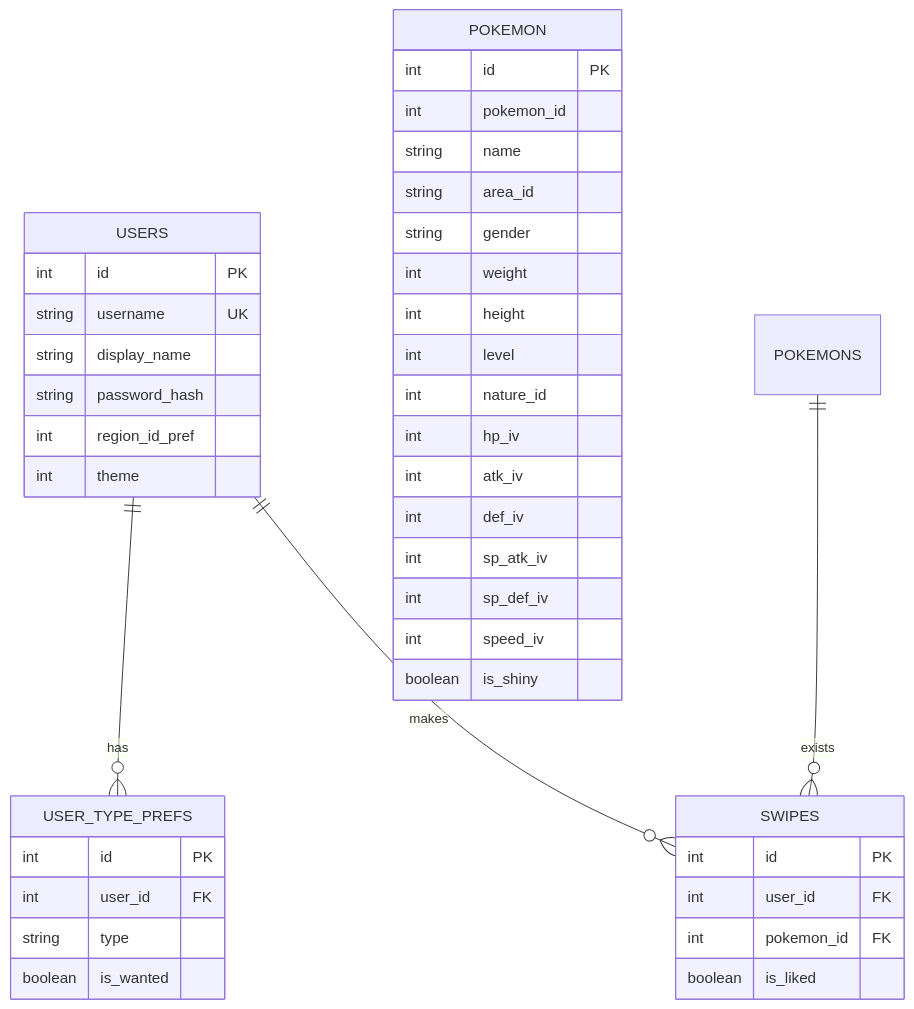
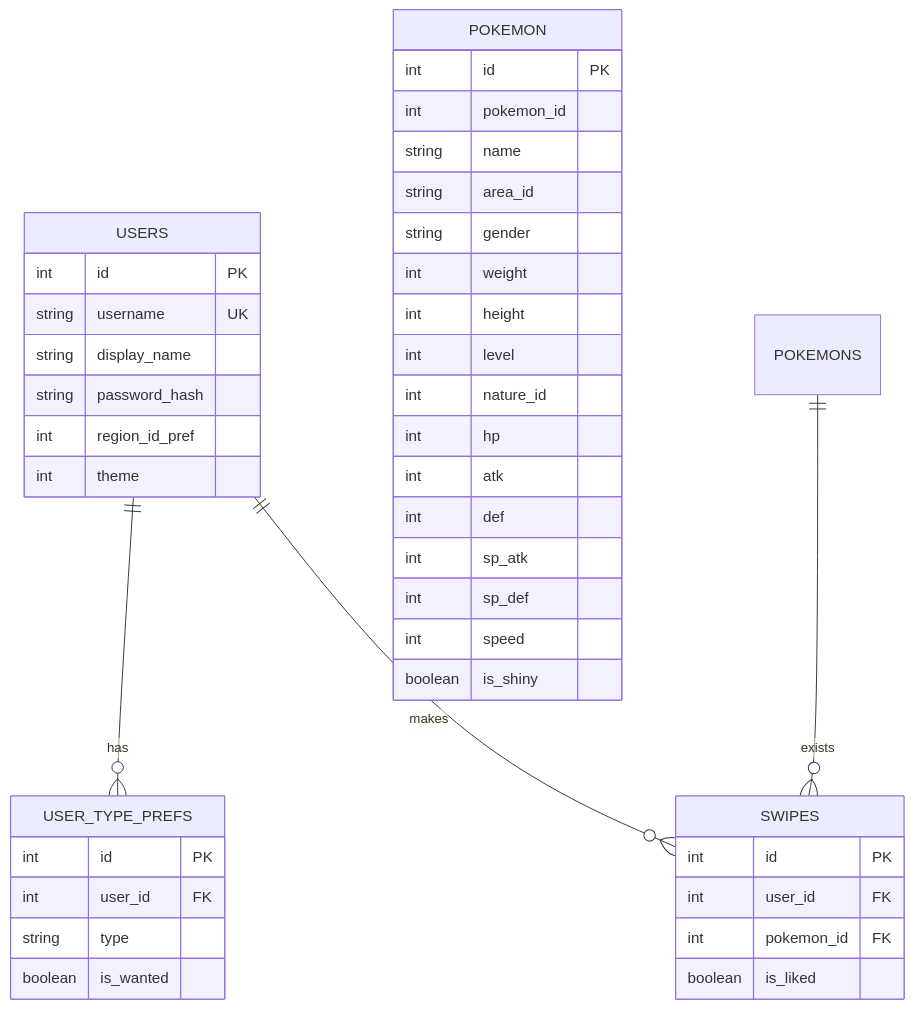
One commit to hauglandvegard/DexMatch changed the second of 3 diagrams in README.md. Above: the diagram before and after it, drawn with Mermaid. The commit also changed 1 other file, not shown here.

Commit message:
Refactored database - Yet more new discoveries!

````diff
--- a/README.md
+++ b/README.md
@@ -125,48 +125,48 @@
 ```mermaid
 erDiagram
     USERS {
         int id PK
         string username UK
         string display_name
         string password_hash
         int region_id_pref
         int theme
     }
     
     USER_TYPE_PREFS {
         int id PK
         int user_id FK
         string type
         boolean is_wanted
     }
     
     POKEMON {
         int id PK          
         int pokemon_id
         string name
         string area_id
         string gender
         int weight
         int height
         int level
         int nature_id
-        int hp_iv
-        int atk_iv
-        int def_iv
-        int sp_atk_iv
-        int sp_def_iv
-        int speed_iv
+        int hp
+        int atk
+        int def
+        int sp_atk
+        int sp_def
+        int speed
         boolean is_shiny
     }
     
     SWIPES {
         int id PK
         int user_id FK
         int pokemon_id FK
         boolean is_liked
     }
     
     USERS ||--o{ USER_TYPE_PREFS: has
     USERS ||--o{ SWIPES: makes
     POKEMONS ||--o{ SWIPES: exists
 ```
````
